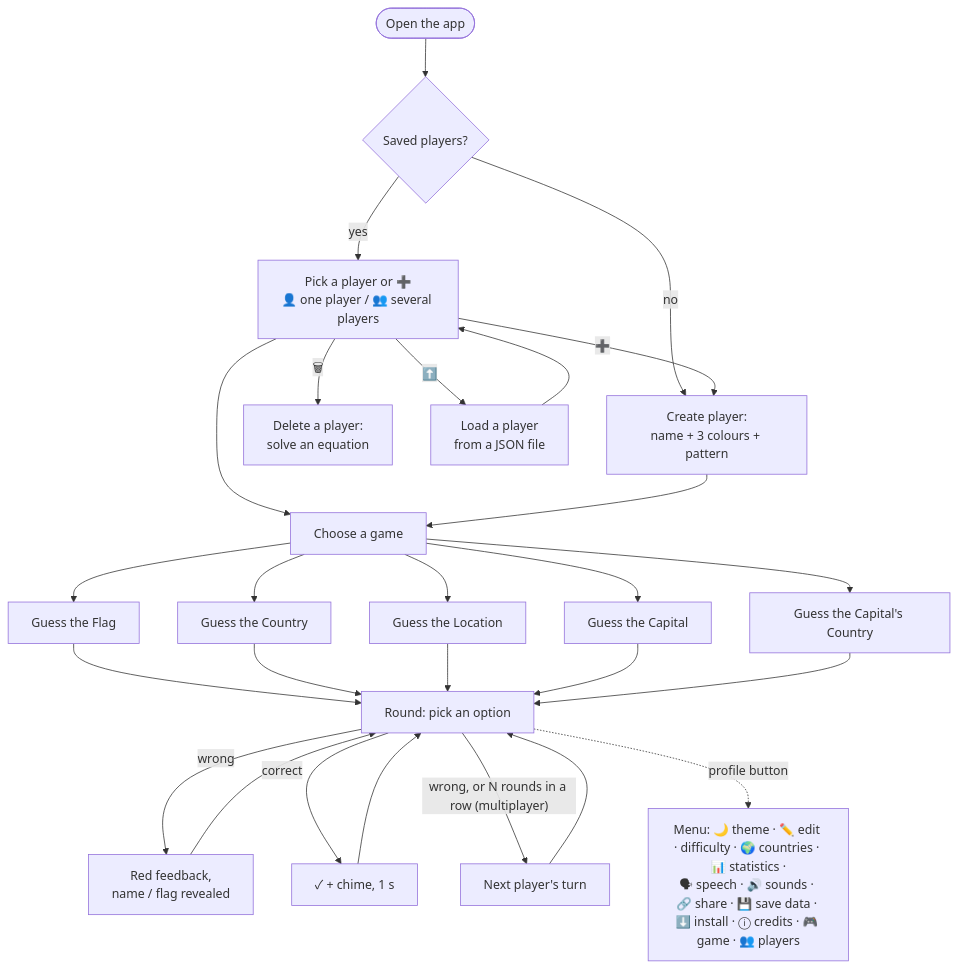
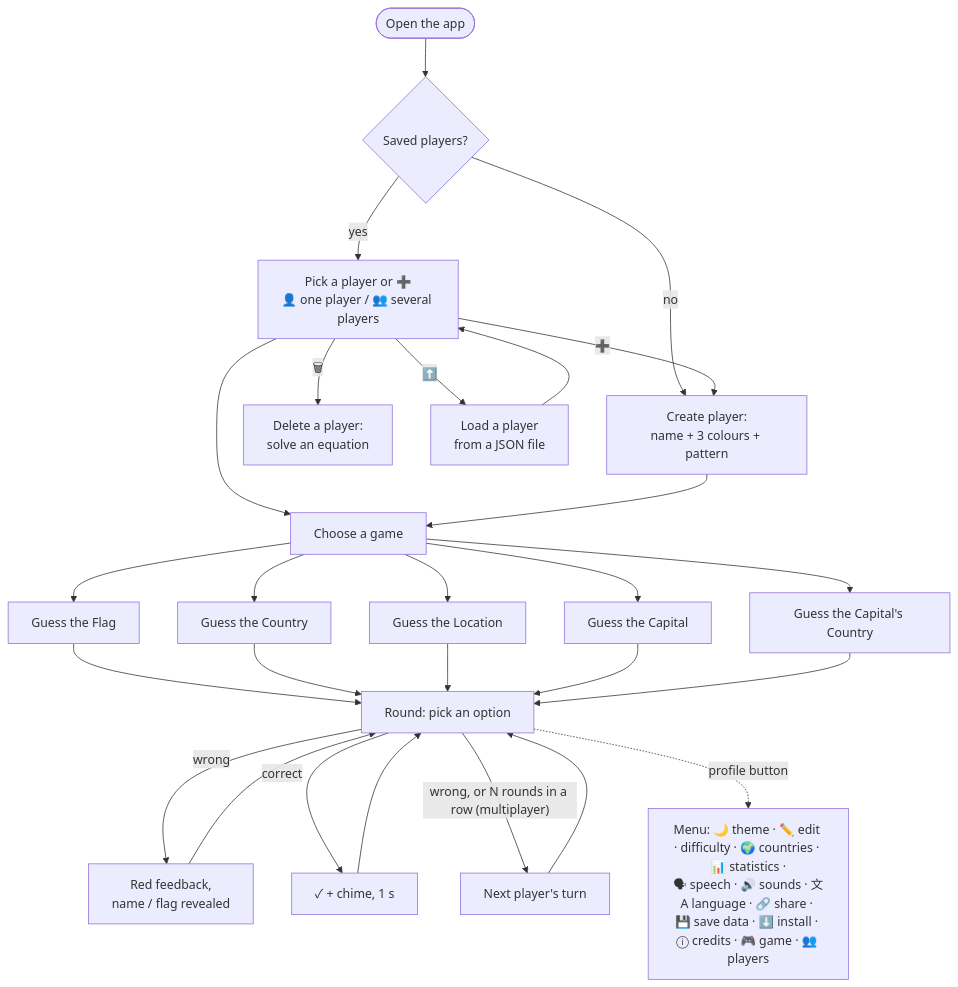
One commit to AOSSIE-Org/FlagQuiz changed the second of 2 diagrams in README.md. Above: the diagram before and after it, drawn with Mermaid. The commit also changed other lines of this file and 66 other files, not shown here.

First line of the commit message:
Add per-game gold/silver stars and checkmarks, statistics table, 10 languages; fix hover speech in capital games

````diff
--- a/README.md
+++ b/README.md
@@ -200,25 +203,25 @@
 ```mermaid
 flowchart TD
   Start([Open the app]) --> Users{Saved players?}
   Users -- no --> New[Create player:<br/>name + 3 colours + pattern]
   Users -- yes --> Pick[Pick a player or ➕<br/>👤 one player / 👥 several players]
   Pick -- ➕ --> New
   Pick --> Game
   New --> Game[Choose a game]
   Game --> GF[Guess the Flag]
   Game --> GC[Guess the Country]
   Game --> GL[Guess the Location]
   Game --> GK[Guess the Capital]
   Game --> GKC[Guess the Capital's Country]
   GF --> Round[Round: pick an option]
   GC --> Round
   GL --> Round
   GK --> Round
   GKC --> Round
   Round -- wrong --> Feedback[Red feedback,<br/>name / flag revealed] --> Round
   Round -- correct --> Next[✓ + chime, 1 s] --> Round
   Round -- "wrong, or N rounds in a row (multiplayer)" --> Turn[Next player's turn] --> Round
-  Round -. profile button .-> Menu[Menu: 🌙 theme · ✏️ edit · difficulty · 🌍 countries · 📊 statistics ·<br/>🗣 speech · 🔊 sounds · 🔗 share · 💾 save data · ⬇️ install · ⓘ credits · 🎮 game · 👥 players]
+  Round -. profile button .-> Menu[Menu: 🌙 theme · ✏️ edit · difficulty · 🌍 countries · 📊 statistics ·<br/>🗣 speech · 🔊 sounds · 文A language · 🔗 share · 💾 save data · ⬇️ install · ⓘ credits · 🎮 game · 👥 players]
   Pick -- 🗑 --> Delete[Delete a player:<br/>solve an equation]
   Pick -- ⬆️ --> Import[Load a player<br/>from a JSON file] --> Pick
 ```
````
